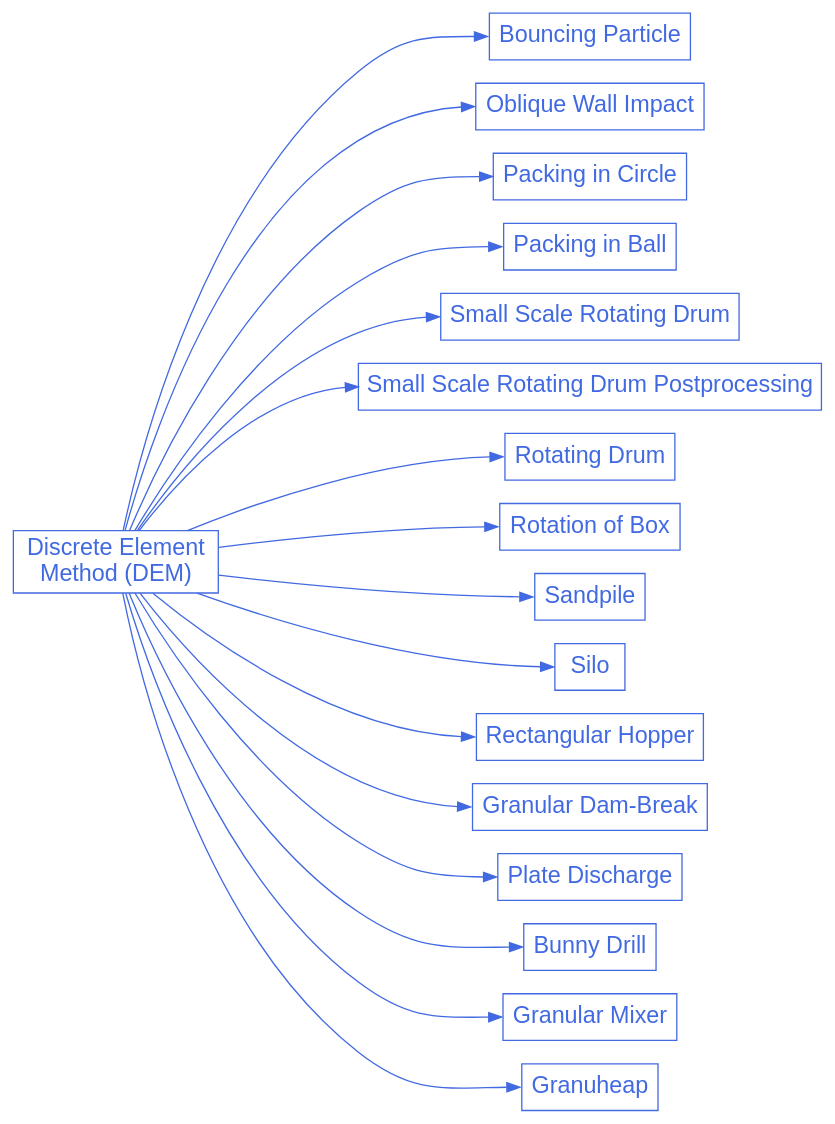
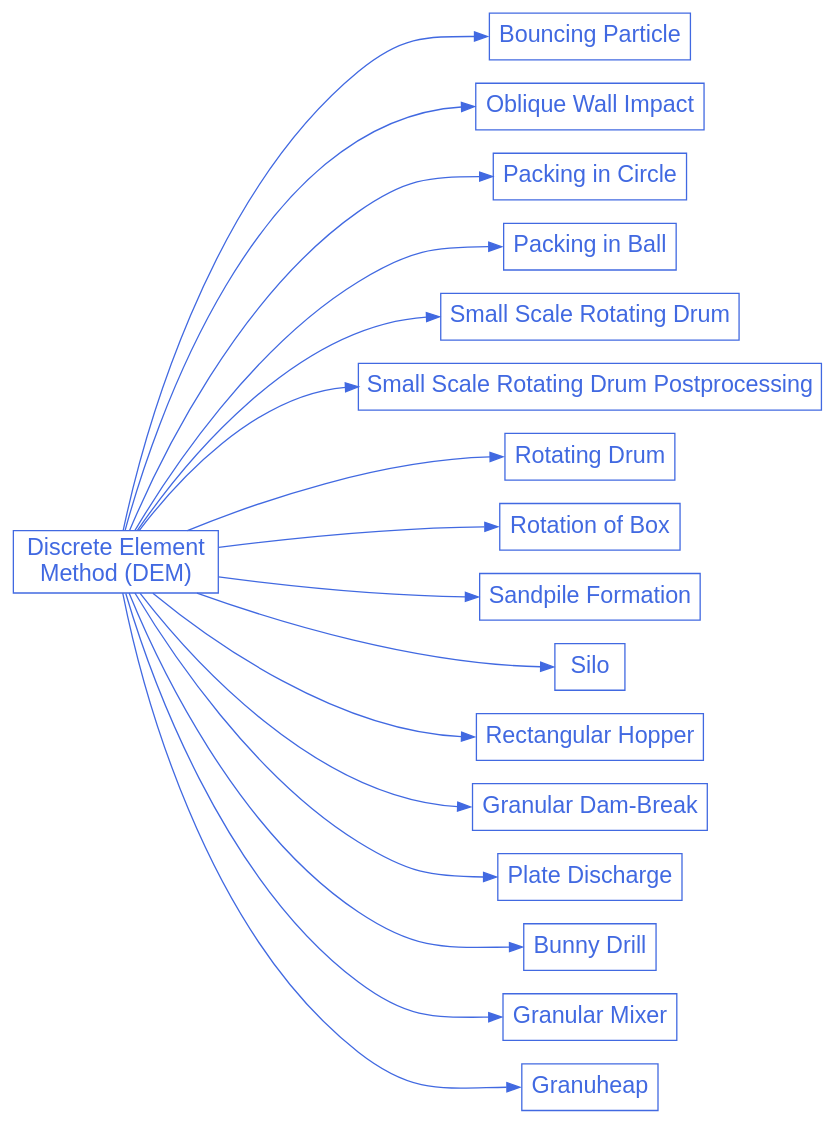
Before and after one commit to chaos-polymtl/lethe: the diagram in doc/source/examples/dem/dem.rst, drawn with Graphviz. The commit also changed 3 other files, not shown here.

```diff
--- a/doc/source/examples/dem/dem.rst
+++ b/doc/source/examples/dem/dem.rst
@@ -29,60 +29,60 @@
 .. graphviz:: 
 
     digraph dem_diagram {
       graph [bgcolor="transparent", align=true, ranksep=1.5];
       node [fontname=Arial, fontsize=18, shape=box, fontcolor=royalblue, color=royalblue];
       edge [color=royalblue];
       rankdir="LR";
       size = "9,9";
       
       dem [label="Discrete Element \nMethod (DEM)", href="https://chaos-polymtl.github.io/lethe/documentation/examples/dem/dem.html"];
 
       dem_1 [label="Bouncing Particle", href="https://chaos-polymtl.github.io/lethe/documentation/examples/dem/bouncing-particle/bouncing-particle.html"];
 
       dem_2 [label="Oblique Wall Impact", href="https://chaos-polymtl.github.io/lethe/documentation/examples/dem/oblique-wall-impact/oblique-wall-impact.html"];
 
       dem_3 [label="Packing in Circle", href="https://chaos-polymtl.github.io/lethe/documentation/examples/dem/packing-in-circle/packing-in-circle.html"];
 
       dem_4 [label="Packing in Ball", href="https://chaos-polymtl.github.io/lethe/documentation/examples/dem/packing-in-ball/packing-in-ball.html"];
 
       dem_5 [label="Small Scale Rotating Drum", href="https://chaos-polymtl.github.io/lethe/documentation/examples/dem/small-scale-rotating-drum/small-scale-rotating-drum.html"];
     
       dem_6 [label="Small Scale Rotating Drum Postprocessing", href="https://chaos-polymtl.github.io/lethe/documentation/examples/dem/small-scale-rotating-drum-postprocessing/small-scale-rotating-drum-postprocessing.html"];
 
       dem_7 [label="Rotating Drum", href="https://chaos-polymtl.github.io/lethe/documentation/examples/dem/rotating-drum/rotating-drum.html"];
 
       dem_8 [label="Rotation of Box", href="https://chaos-polymtl.github.io/lethe/documentation/examples/dem/rotation-of-box/rotation-of-box.html"];
 
-      dem_9 [label="Sandpile", href="https://chaos-polymtl.github.io/lethe/documentation/examples/dem/sandpile-formation/sandpile-formation.html"]; 
+      dem_9 [label="Sandpile Formation", href="https://chaos-polymtl.github.io/lethe/documentation/examples/dem/sandpile-formation/sandpile-formation.html"];
 
       dem_10 [label="Silo", href="https://chaos-polymtl.github.io/lethe/documentation/examples/dem/silo/silo.html"]; 
 
       dem_11 [label="Rectangular Hopper", href="https://chaos-polymtl.github.io/lethe/documentation/examples/dem/rectangular-hopper/rectangular-hopper.html"];
 
       dem_12 [label="Granular Dam-Break", href="https://chaos-polymtl.github.io/lethe/documentation/examples/dem/granular-dam-break/granular-dam-break.html"];
 
       dem_13 [label="Plate Discharge", href="https://chaos-polymtl.github.io/lethe/documentation/examples/dem/plate-discharge/plate-discharge.html"];
 
       dem_14 [label="Bunny Drill", href="https://chaos-polymtl.github.io/lethe/documentation/examples/dem/bunny-drill/bunny-drill.html"];
 
       dem_15 [label="Granular Mixer", href="https://chaos-polymtl.github.io/lethe/documentation/examples/dem/granular-mixer/granular-mixer.html"];
 
       dem_16 [label="Granuheap", href="https://chaos-polymtl.github.io/lethe/documentation/examples/dem/granuheap/granuheap.html"];
 
       dem -> dem_1:w;
       dem -> dem_2:w;
       dem -> dem_3:w;
       dem -> dem_4:w;
       dem -> dem_5:w;
       dem -> dem_6:w;
       dem -> dem_7:w;
       dem -> dem_8:w;
       dem -> dem_9:w;
       dem -> dem_10:w;
       dem -> dem_11:w;
       dem -> dem_12:w;
       dem -> dem_13:w;
       dem -> dem_14:w;
       dem -> dem_15:w;
       dem -> dem_16:w;     
     }
```
